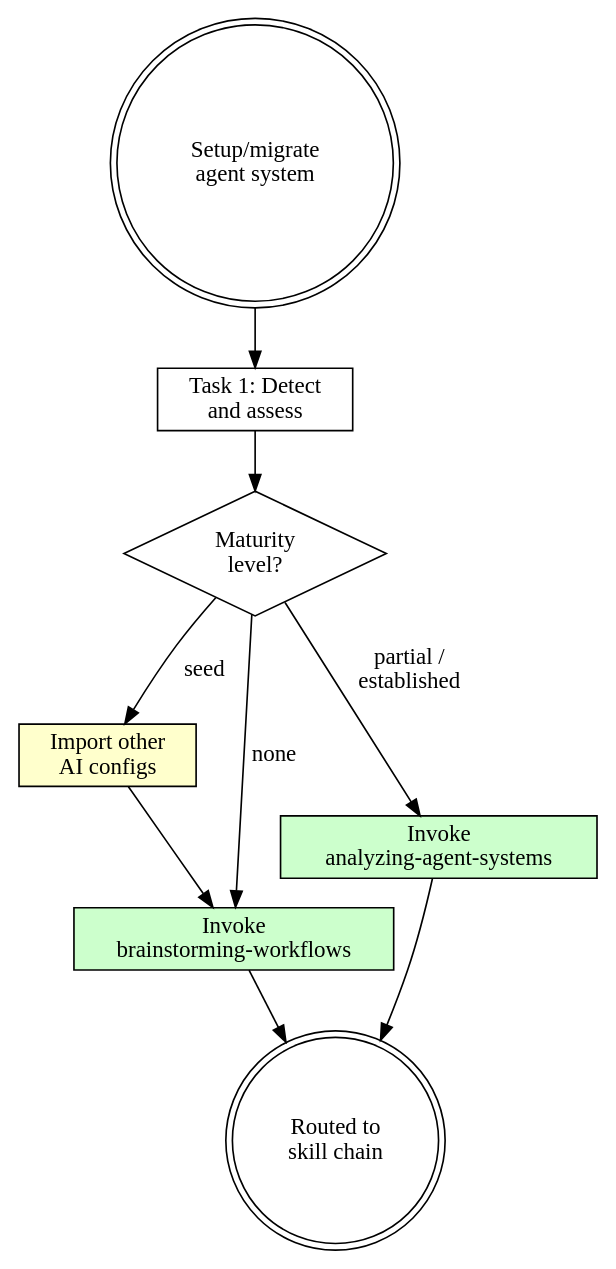
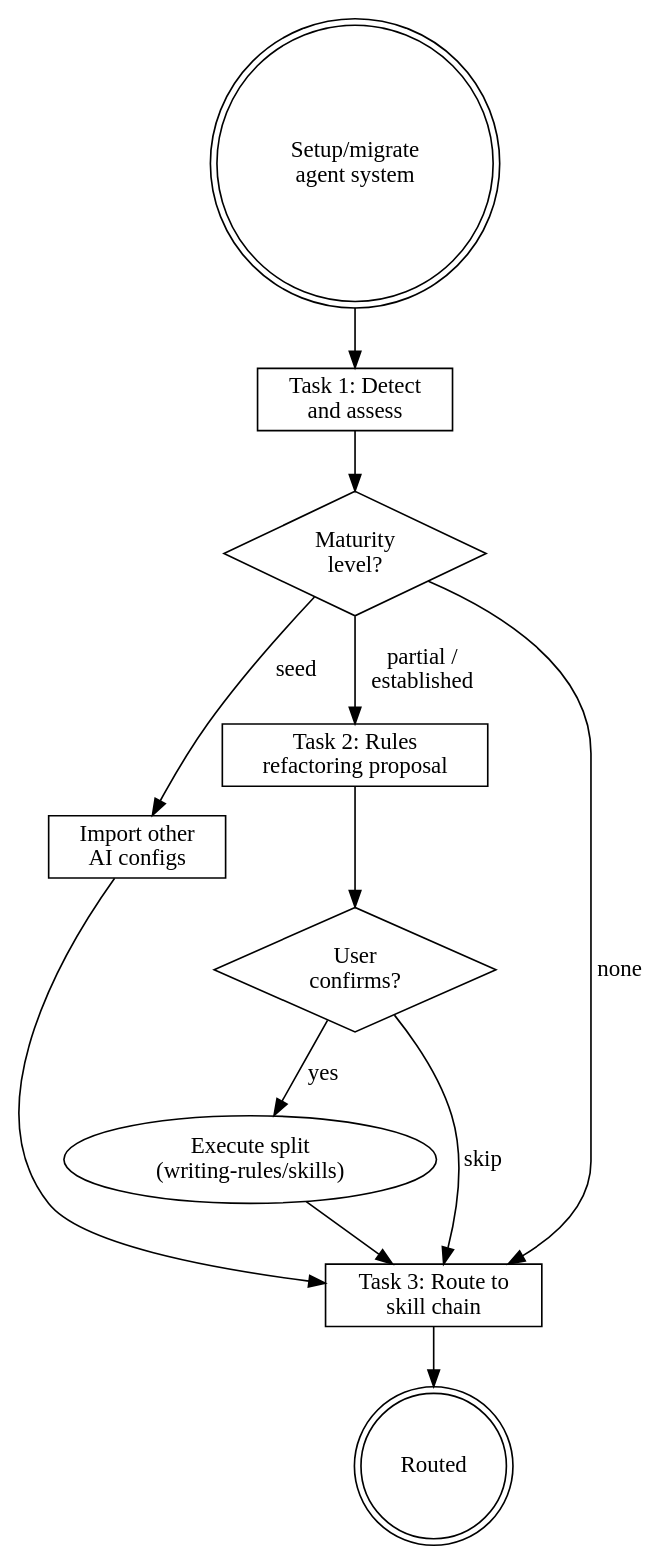
One commit to wayne930242/Reflexive-Claude-Code changed the diagram in plugins/rcc/skills/migrating-agent-systems/SKILL.md. Above: the diagram before and after it, drawn with Graphviz. The commit also changed other lines of this file, not shown here.

Commit message:
feat(rcc): add rules refactoring proposal to migrating-agent-systems

````diff
--- a/plugins/rcc/skills/migrating-agent-systems/SKILL.md
+++ b/plugins/rcc/skills/migrating-agent-systems/SKILL.md
@@ -135,22 +168,27 @@
 ```dot
 digraph migrate_agent {
     rankdir=TB;
 
     start [label="Setup/migrate\nagent system", shape=doublecircle];
     detect [label="Task 1: Detect\nand assess", shape=box];
     maturity [label="Maturity\nlevel?", shape=diamond];
-    import_cfg [label="Import other\nAI configs", shape=box, style=filled, fillcolor="#ffffcc"];
-    brainstorm [label="Invoke\nbrainstorming-workflows", shape=box, style=filled, fillcolor="#ccffcc"];
-    analyze [label="Invoke\nanalyzing-agent-systems", shape=box, style=filled, fillcolor="#ccffcc"];
-    done [label="Routed to\nskill chain", shape=doublecircle];
+    import_cfg [label="Import other\nAI configs", shape=box];
+    refactor [label="Task 2: Rules\nrefactoring proposal", shape=box];
+    confirm [label="User\nconfirms?", shape=diamond];
+    execute [label="Execute split\n(writing-rules/skills)"];
+    brainstorm [label="Task 3: Route to\nskill chain", shape=box];
+    done [label="Routed", shape=doublecircle];
 
     start -> detect;
     detect -> maturity;
     maturity -> brainstorm [label="none"];
     maturity -> import_cfg [label="seed"];
-    maturity -> analyze [label="partial /\nestablished"];
+    maturity -> refactor [label="partial /\nestablished"];
     import_cfg -> brainstorm;
+    refactor -> confirm;
+    confirm -> execute [label="yes"];
+    confirm -> brainstorm [label="skip"];
+    execute -> brainstorm;
     brainstorm -> done;
-    analyze -> done;
 }
 ```
````
